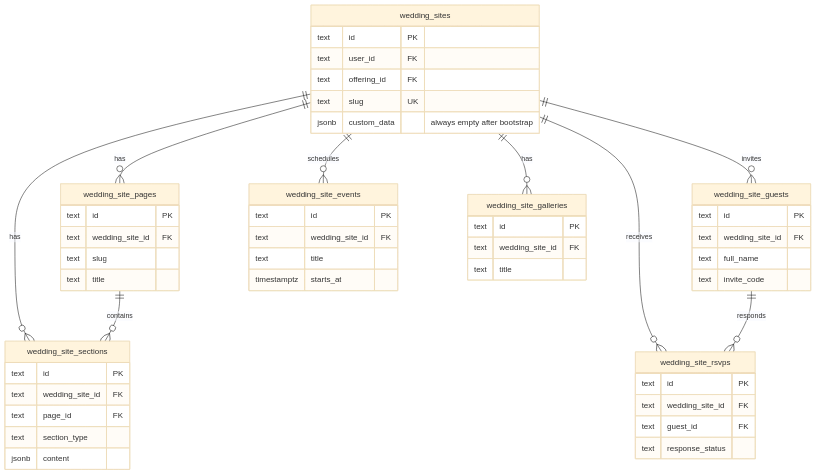
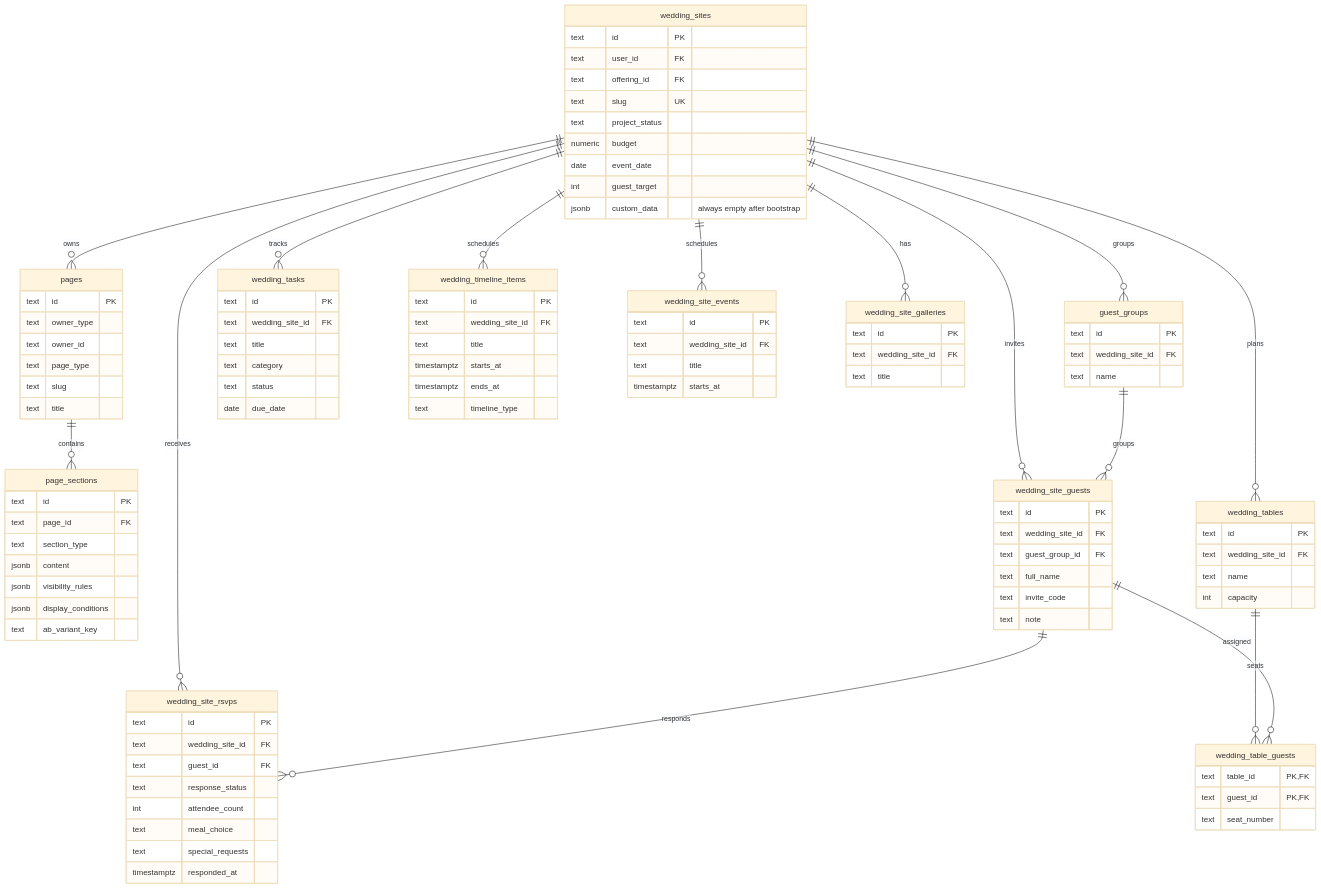
One commit to hoangpham2263/pinklove changed the third of 8 diagrams in docs/schema.md. Above: the diagram before and after it, drawn with Mermaid (base theme). The commit also changed other lines of this file and 131 other files, not shown here.

````diff
--- a/docs/schema.md
+++ b/docs/schema.md
@@ -422,29 +438,45 @@
     text user_id FK
     text offering_id FK
     text slug UK
+    text project_status
+    numeric budget
+    date event_date
+    int guest_target
     jsonb custom_data "always empty after bootstrap"
   }
 
-  wedding_site_pages {
+  pages {
     text id PK
-    text wedding_site_id FK
+    text owner_type
+    text owner_id
+    text page_type
     text slug
     text title
   }
 
-  wedding_site_sections {
+  page_sections {
     text id PK
-    text wedding_site_id FK
     text page_id FK
     text section_type
     jsonb content
+    jsonb visibility_rules
+    jsonb display_conditions
+    text ab_variant_key
+  }
+
+  guest_groups {
+    text id PK
+    text wedding_site_id FK
+    text name
   }
 
   wedding_site_guests {
     text id PK
     text wedding_site_id FK
+    text guest_group_id FK
     text full_name
     text invite_code
+    text note
   }
 
   wedding_site_rsvps {
@@ -452,6 +484,41 @@
     text wedding_site_id FK
     text guest_id FK
     text response_status
+    int attendee_count
+    text meal_choice
+    text special_requests
+    timestamptz responded_at
+  }
+
+  wedding_tables {
+    text id PK
+    text wedding_site_id FK
+    text name
+    int capacity
+  }
+
+  wedding_table_guests {
+    text table_id PK, FK
+    text guest_id PK, FK
+    text seat_number
+  }
+
+  wedding_tasks {
+    text id PK
+    text wedding_site_id FK
+    text title
+    text category
+    text status
+    date due_date
+  }
+
+  wedding_timeline_items {
+    text id PK
+    text wedding_site_id FK
+    text title
+    timestamptz starts_at
+    timestamptz ends_at
+    text timeline_type
   }
 
   wedding_site_events {
@@ -467,12 +534,18 @@
     text title
   }
 
-  wedding_sites ||--o{ wedding_site_pages : has
-  wedding_sites ||--o{ wedding_site_sections : has
-  wedding_site_pages ||--o{ wedding_site_sections : contains
+  wedding_sites ||--o{ pages : owns
+  pages ||--o{ page_sections : contains
+  wedding_sites ||--o{ guest_groups : groups
   wedding_sites ||--o{ wedding_site_guests : invites
+  guest_groups ||--o{ wedding_site_guests : groups
   wedding_sites ||--o{ wedding_site_rsvps : receives
   wedding_site_guests ||--o{ wedding_site_rsvps : responds
+  wedding_sites ||--o{ wedding_tables : plans
+  wedding_tables ||--o{ wedding_table_guests : seats
+  wedding_site_guests ||--o{ wedding_table_guests : assigned
+  wedding_sites ||--o{ wedding_tasks : tracks
+  wedding_sites ||--o{ wedding_timeline_items : schedules
   wedding_sites ||--o{ wedding_site_events : schedules
   wedding_sites ||--o{ wedding_site_galleries : has
 ```
````
